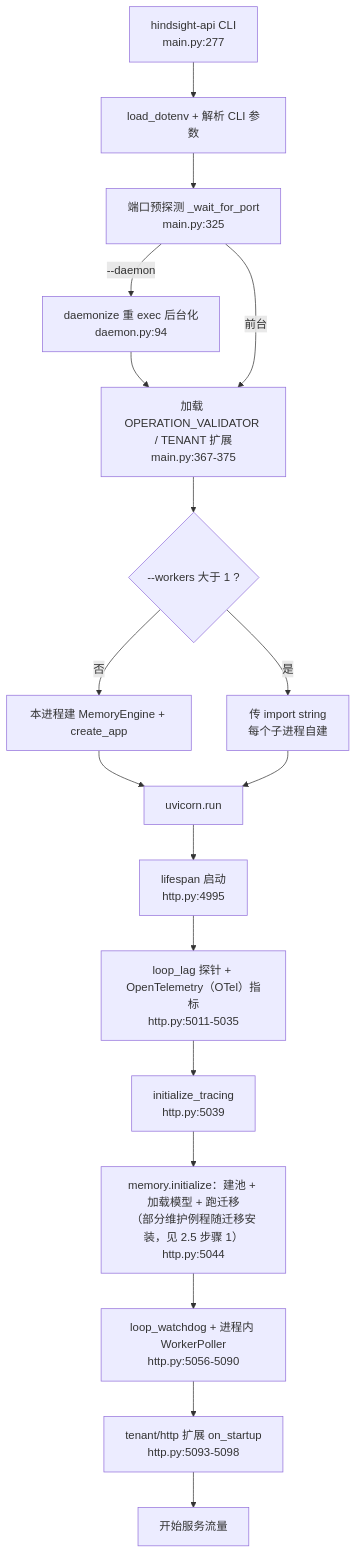
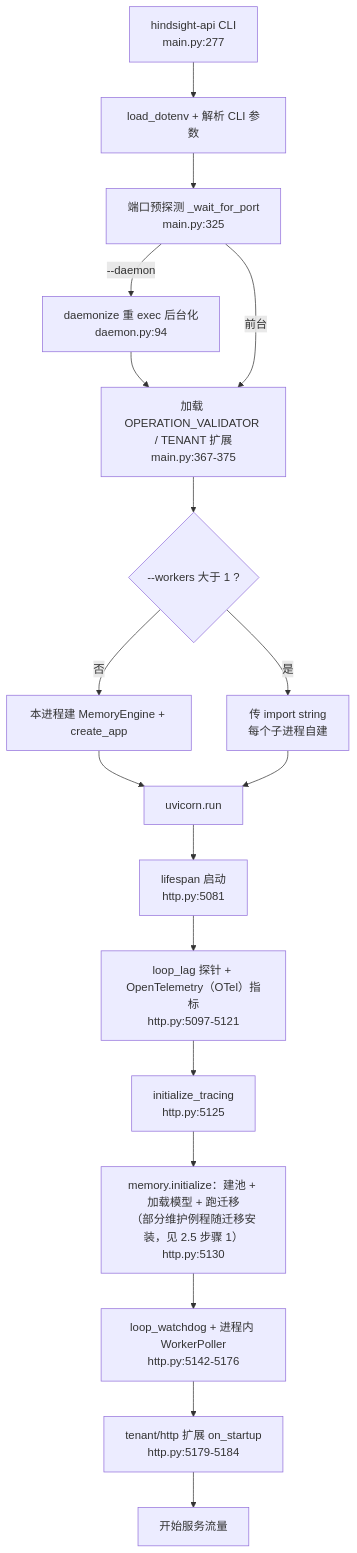
Before and after one commit to stefanv5/memory-platform-architecture: the second of 7 diagrams in docs/hindsight/source-study/06-api-层与服务形态.md, drawn with Mermaid. The commit also changed other lines of this file and 8 other files, not shown here.

````diff
--- a/docs/hindsight/source-study/06-api-层与服务形态.md
+++ b/docs/hindsight/source-study/06-api-层与服务形态.md
@@ -165,20 +165,20 @@
 ```mermaid
 flowchart TD
     A["hindsight-api CLI<br/>main.py:277"] --> B["load_dotenv + 解析 CLI 参数"]
     B --> C["端口预探测 _wait_for_port<br/>main.py:325"]
     C -->|"--daemon"| D["daemonize 重 exec 后台化<br/>daemon.py:94"]
     D --> E
     C -->|"前台"| E["加载 OPERATION_VALIDATOR / TENANT 扩展<br/>main.py:367-375"]
     E --> F{"--workers 大于 1 ?"}
     F -->|"否"| G["本进程建 MemoryEngine + create_app"]
     F -->|"是"| H["传 import string<br/>每个子进程自建"]
     G --> I["uvicorn.run"]
     H --> I
-    I --> J["lifespan 启动<br/>http.py:4995"]
-    J --> K["loop_lag 探针 + OpenTelemetry（OTel）指标<br/>http.py:5011-5035"]
-    K --> L["initialize_tracing<br/>http.py:5039"]
-    L --> M["memory.initialize：建池 + 加载模型 + 跑迁移<br/>（部分维护例程随迁移安装，见 2.5 步骤 1）<br/>http.py:5044"]
-    M --> N["loop_watchdog + 进程内 WorkerPoller<br/>http.py:5056-5090"]
-    N --> O["tenant/http 扩展 on_startup<br/>http.py:5093-5098"]
+    I --> J["lifespan 启动<br/>http.py:5081"]
+    J --> K["loop_lag 探针 + OpenTelemetry（OTel）指标<br/>http.py:5097-5121"]
+    K --> L["initialize_tracing<br/>http.py:5125"]
+    L --> M["memory.initialize：建池 + 加载模型 + 跑迁移<br/>（部分维护例程随迁移安装，见 2.5 步骤 1）<br/>http.py:5130"]
+    M --> N["loop_watchdog + 进程内 WorkerPoller<br/>http.py:5142-5176"]
+    N --> O["tenant/http 扩展 on_startup<br/>http.py:5179-5184"]
     O --> P["开始服务流量"]
 ```
````
